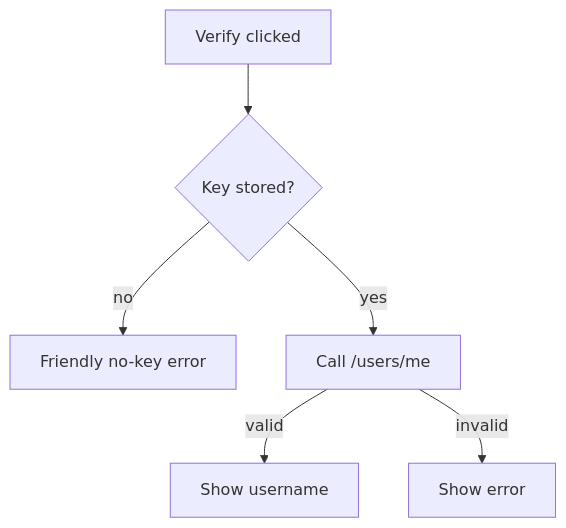
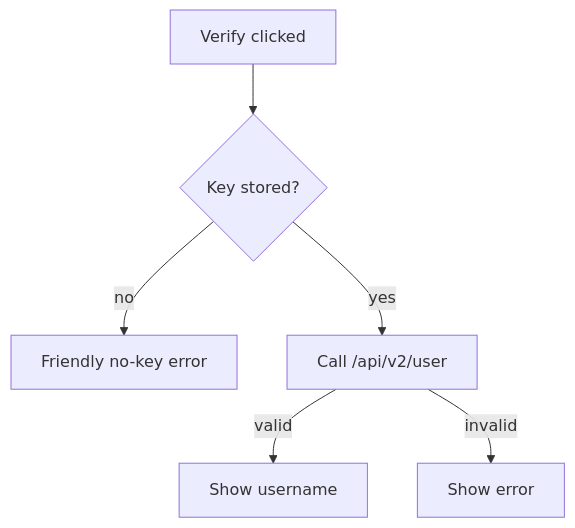
One commit to HELIX-Origin/nhentai-desktop changed the diagram in wiki/Settings-and-API-Key.md. Above: the diagram before and after it, drawn with Mermaid. The commit also changed other lines of this file and 68 other files, not shown here.

````diff
--- a/wiki/Settings-and-API-Key.md
+++ b/wiki/Settings-and-API-Key.md
@@ -25,8 +25,8 @@
 ```mermaid
 flowchart TD
     A[Verify clicked] --> B{Key stored?}
     B -->|"no"| C[Friendly no-key error]
-    B -->|"yes"| D[Call /users/me]
+    B -->|"yes"| D[Call /api/v2/user]
     D -->|"valid"| E[Show username]
     D -->|"invalid"| F[Show error]
 ```
````
